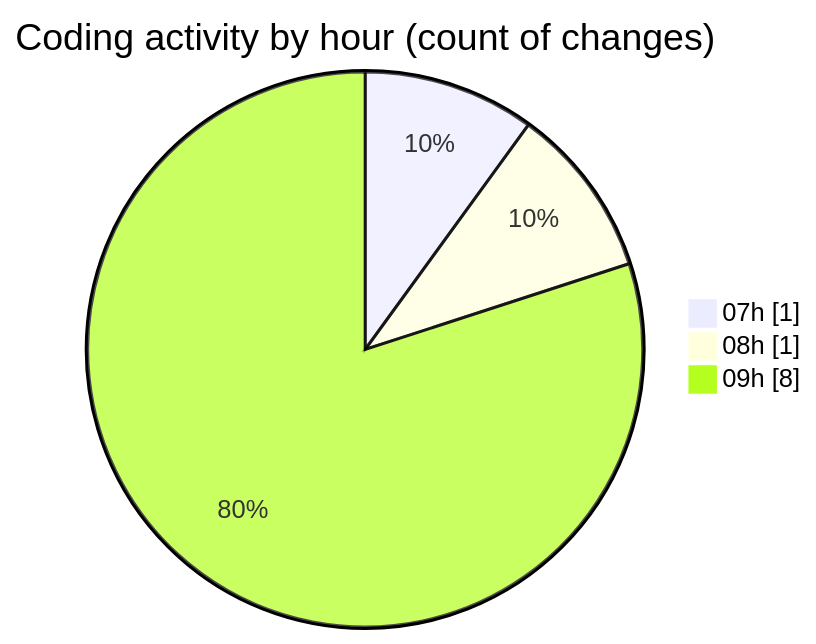
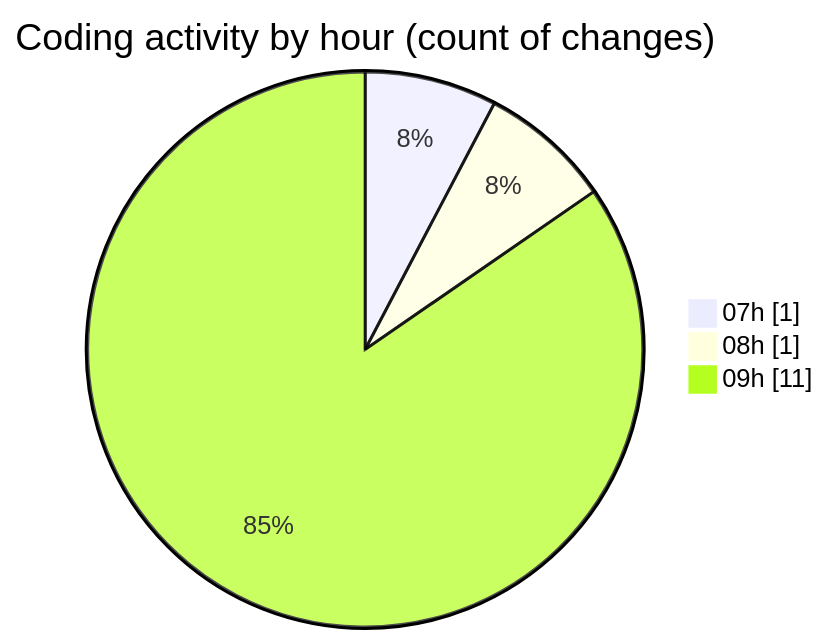
Before and after one commit to vahidmafi/code-tracking: the second of 2 diagrams in 2025-04-24/zeytoon/README.md, drawn with Mermaid. The commit also changed other lines of this file and 1 other file, not shown here.

````diff
--- a/2025-04-24/zeytoon/README.md
+++ b/2025-04-24/zeytoon/README.md
@@ -30,7 +30,7 @@
 ```mermaid
 pie showData
 title Coding activity by hour (count of changes)
 "07h" : 1
 "08h" : 1
-"09h" : 8
+"09h" : 11
 ```
````
